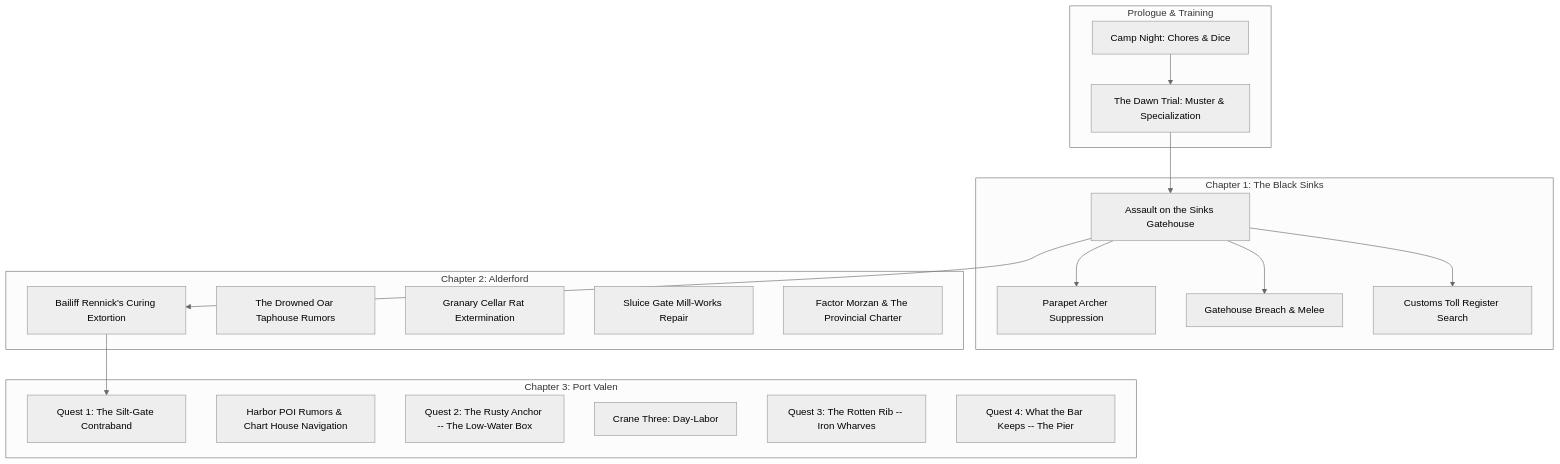
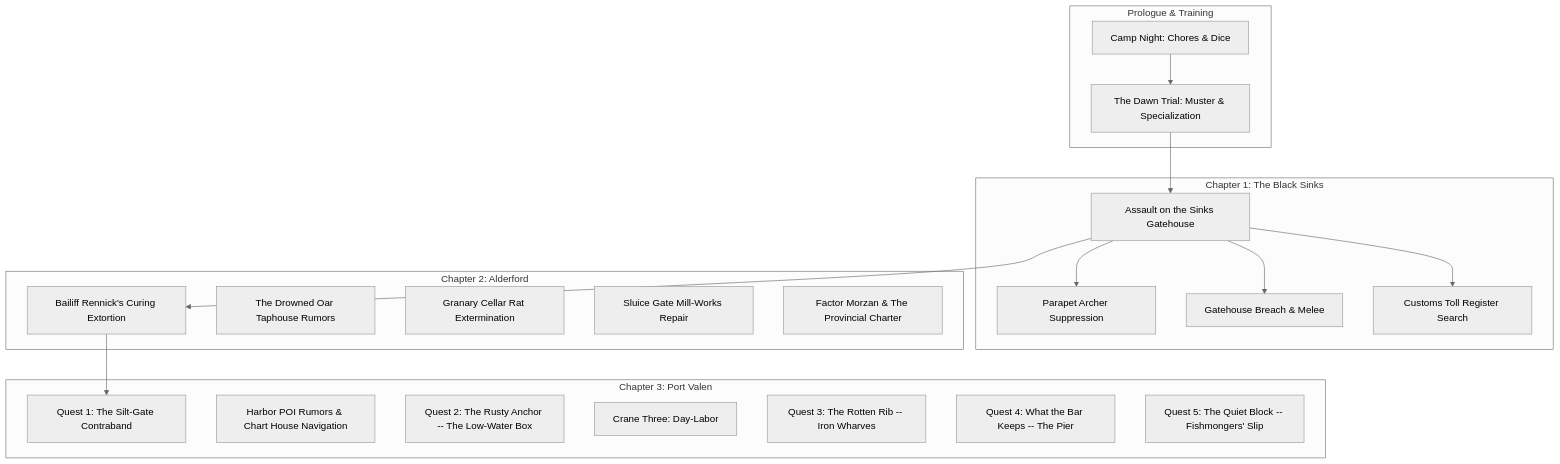
Before and after one commit to Kingskunk/A-Mercenaries-Life: the diagram in quest/QUESTS.md, drawn with Mermaid (neutral theme). The commit also changed other lines of this file and 14 other files, not shown here.

````diff
--- a/quest/QUESTS.md
+++ b/quest/QUESTS.md
@@ -25,34 +25,35 @@
 ```mermaid
 graph TD
     subgraph Prologue & Training
         Q0["Camp Night: Chores & Dice"] --> Q1["The Dawn Trial: Muster & Specialization"]
     end
 
     subgraph Chapter 1: The Black Sinks
         Q2["Assault on the Sinks Gatehouse"]
         Q2 --> Q2A["Parapet Archer Suppression"]
         Q2 --> Q2B["Gatehouse Breach & Melee"]
         Q2 --> Q2C["Customs Toll Register Search"]
     end
 
     subgraph Chapter 2: Alderford
         Q3["Bailiff Rennick's Curing Extortion"]
         Q4["The Drowned Oar Taphouse Rumors"]
         Q5["Granary Cellar Rat Extermination"]
         Q6["Sluice Gate Mill-Works Repair"]
         Q7["Factor Morzan & The Provincial Charter"]
     end
 
     subgraph Chapter 3: Port Valen
         Q8["Quest 1: The Silt-Gate Contraband"]
         Q9["Harbor POI Rumors & Chart House Navigation"]
         Q10["Quest 2: The Rusty Anchor -- The Low-Water Box"]
         Q11["Crane Three: Day-Labor"]
         Q12["Quest 3: The Rotten Rib -- Iron Wharves"]
         Q13["Quest 4: What the Bar Keeps -- The Pier"]
+        Q14["Quest 5: The Quiet Block -- Fishmongers' Slip"]
     end
 
     Q1 --> Q2
     Q2 --> Q3
     Q3 --> Q8
 ```
````
